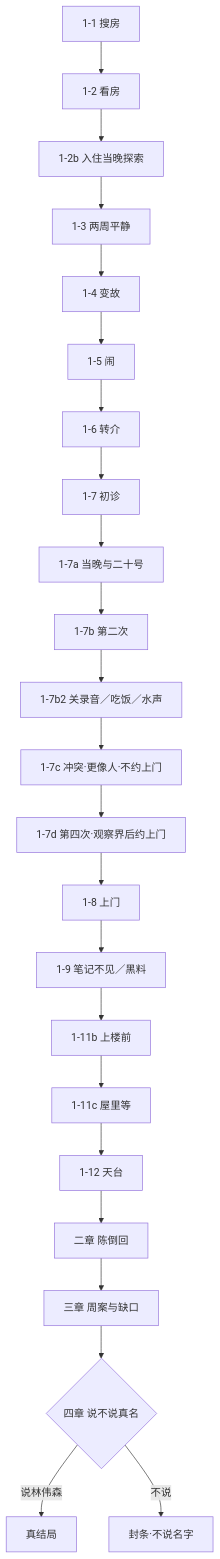
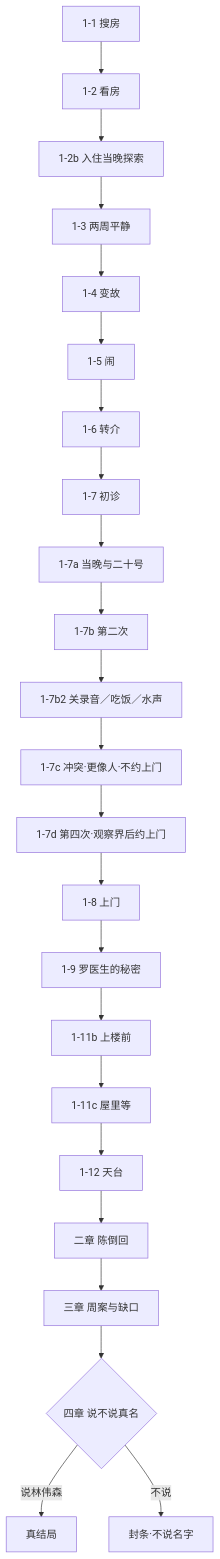
Before and after one commit to HSDCT1230/game_undo: the diagram in 策划/剧本/08-对话分支.md, drawn with Mermaid. The commit also changed other lines of this file and 283 other files, not shown here.

````diff
--- a/策划/剧本/08-对话分支.md
+++ b/策划/剧本/08-对话分支.md
@@ -52,25 +52,25 @@
 ```mermaid
 flowchart TD
   start[1-1 搜房] --> live[1-2 看房]
   live --> unpack[1-2b 入住当晚探索]
   unpack --> calm[1-3 两周平静]
   calm --> break[1-4 变故]
   break --> night[1-5 闹]
   night --> refer[1-6 转介]
   refer --> clinic[1-7 初诊]
   clinic --> w1[1-7a 当晚与二十号]
   w1 --> c2[1-7b 第二次]
   c2 --> w2[1-7b2 关录音／吃饭／水声]
   w2 --> c3[1-7c 冲突·更像人·不约上门]
   c3 --> c4[1-7d 第四次·观察界后约上门]
   c4 --> visit[1-8 上门]
-  visit --> miss[1-9 笔记不见／黑料]
+  visit --> miss[1-9 罗医生的秘密]
   miss --> up[1-11b 上楼前]
   up --> waitc[1-11c 屋里等]
   waitc --> roof[1-12 天台]
   roof --> ch2[二章 陈倒回]
   ch2 --> ch3[三章 周案与缺口]
   ch3 --> ch4{四章 说不说真名}
   ch4 -->|说林伟森| trueEnd[真结局]
   ch4 -->|不说| seal[封条·不说名字]
 ```
````
